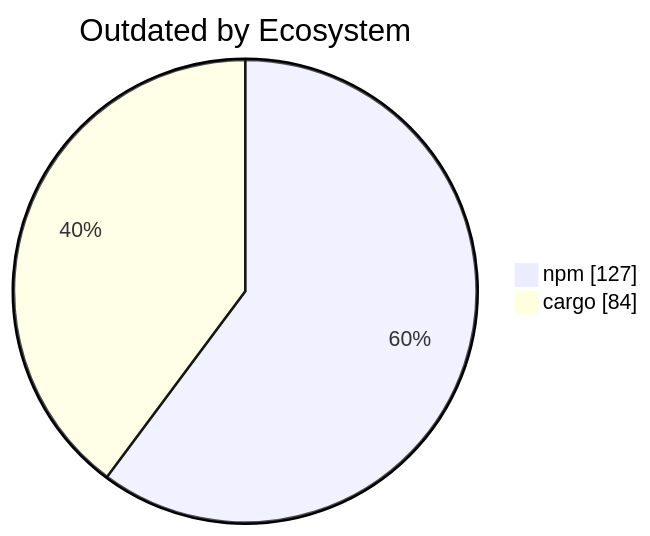
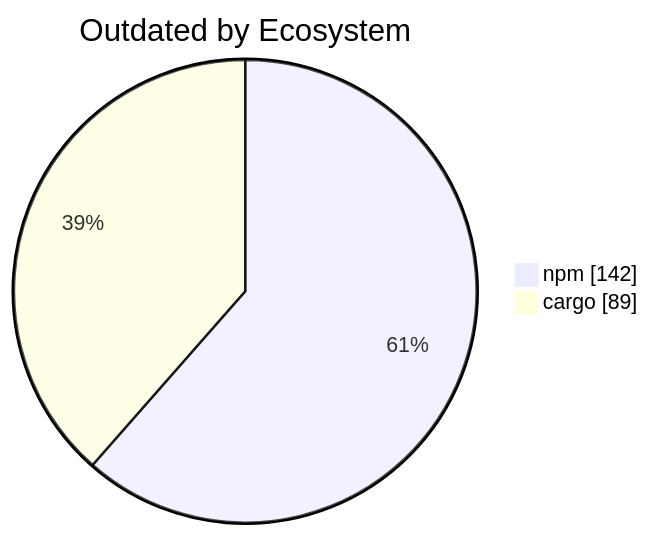
One commit to KBVE/kbve changed the diagram in apps/kbve/astro-kbve/src/content/docs/dashboard/deps.mdx. Above: the diagram before and after it, drawn with Mermaid. The commit also changed other lines of this file and 1 other file, not shown here.

````diff
--- a/apps/kbve/astro-kbve/src/content/docs/dashboard/deps.mdx
+++ b/apps/kbve/astro-kbve/src/content/docs/dashboard/deps.mdx
@@ -109,6 +109,6 @@
 ```mermaid
 pie showData
     title Outdated by Ecosystem
-    "npm" : 127
-    "cargo" : 84
+    "npm" : 142
+    "cargo" : 89
 ```
````
